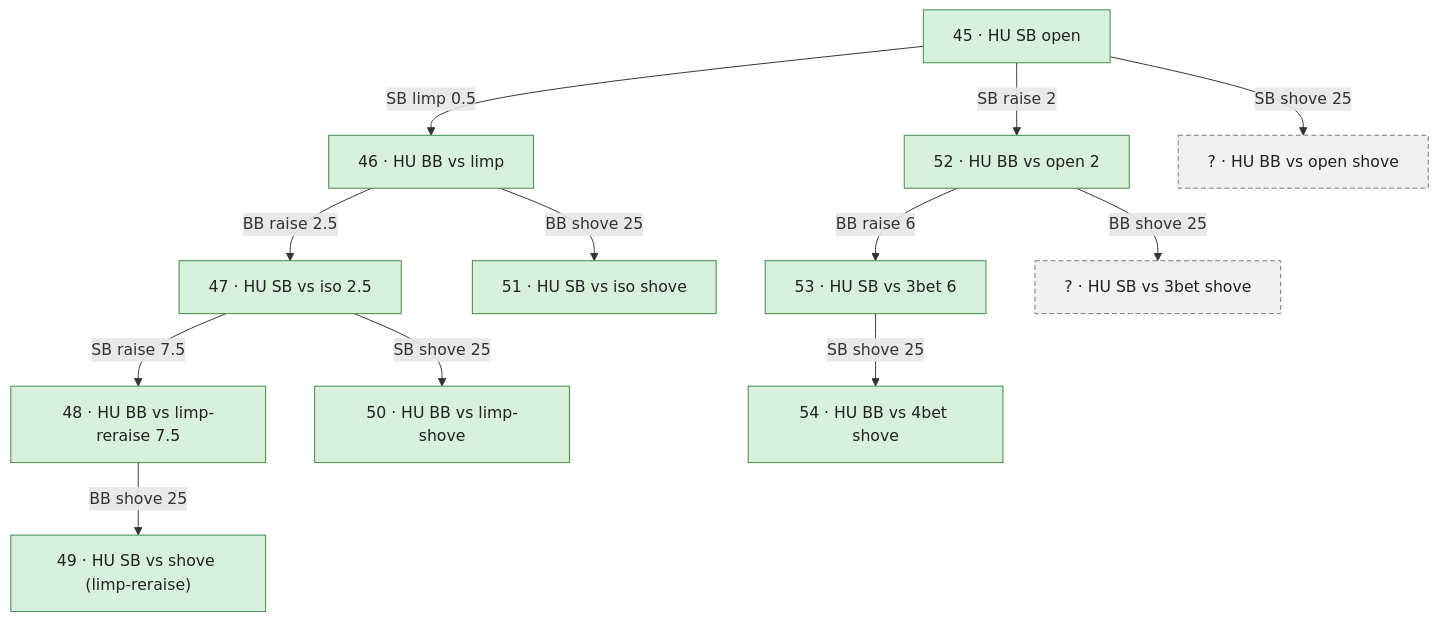
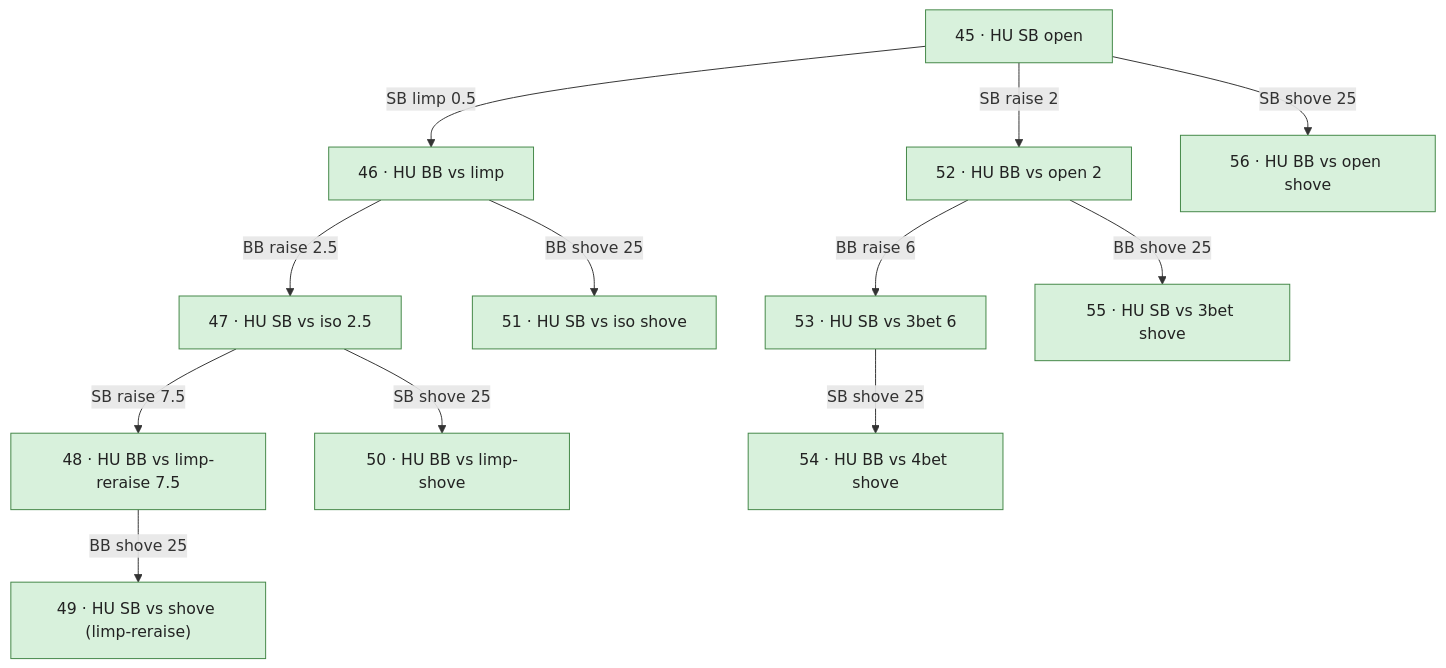
One commit to pmartins87/DeepGT changed the second of 2 diagrams in docs/PREFLOP_DASHBOARD.md. Above: the diagram before and after it, drawn with Mermaid. The commit also changed other lines of this file, not shown here.

````diff
--- a/docs/PREFLOP_DASHBOARD.md
+++ b/docs/PREFLOP_DASHBOARD.md
@@ -291,41 +293,41 @@
 ```mermaid
 flowchart TD
   N1["45 · HU SB open"]
   N2["46 · HU BB vs limp"]
   N1 -->|"SB limp 0.5"| N2
   N3["47 · HU SB vs iso 2.5"]
   N2 -->|"BB raise 2.5"| N3
   N4["48 · HU BB vs limp-reraise 7.5"]
   N3 -->|"SB raise 7.5"| N4
   N5["49 · HU SB vs shove (limp-reraise)"]
   N4 -->|"BB shove 25"| N5
   N6["50 · HU BB vs limp-shove"]
   N3 -->|"SB shove 25"| N6
   N7["51 · HU SB vs iso shove"]
   N2 -->|"BB shove 25"| N7
   N8["52 · HU BB vs open 2"]
   N1 -->|"SB raise 2"| N8
   N9["53 · HU SB vs 3bet 6"]
   N8 -->|"BB raise 6"| N9
   N10["54 · HU BB vs 4bet shove"]
   N9 -->|"SB shove 25"| N10
-  N11["? · HU SB vs 3bet shove"]
+  N11["55 · HU SB vs 3bet shove"]
   N8 -->|"BB shove 25"| N11
-  N12["? · HU BB vs open shove"]
+  N12["56 · HU BB vs open shove"]
   N1 -->|"SB shove 25"| N12
   classDef coded fill:#d8f1dc,stroke:#438747,color:#222
   classDef pending fill:#f1f1f1,stroke:#777,stroke-dasharray:5 3,color:#222
   classDef received fill:#dbeafe,stroke:#3477bc,color:#222
   class N1 coded
   class N2 coded
   class N3 coded
   class N4 coded
   class N5 coded
   class N6 coded
   class N7 coded
   class N8 coded
   class N9 coded
   class N10 coded
-  class N11 pending
-  class N12 pending
+  class N11 coded
+  class N12 coded
 ```
````
